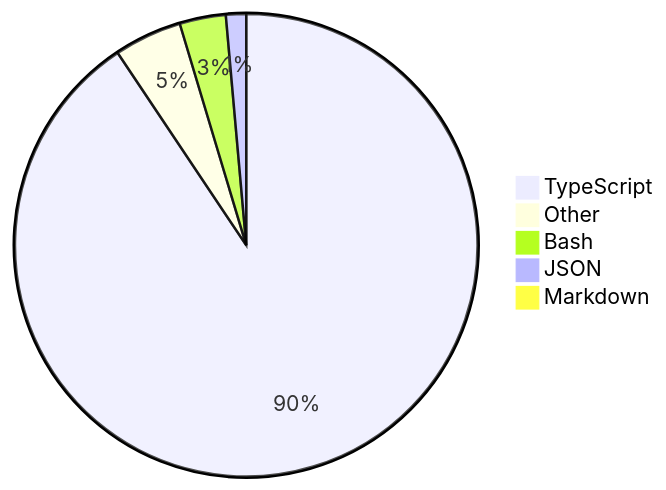
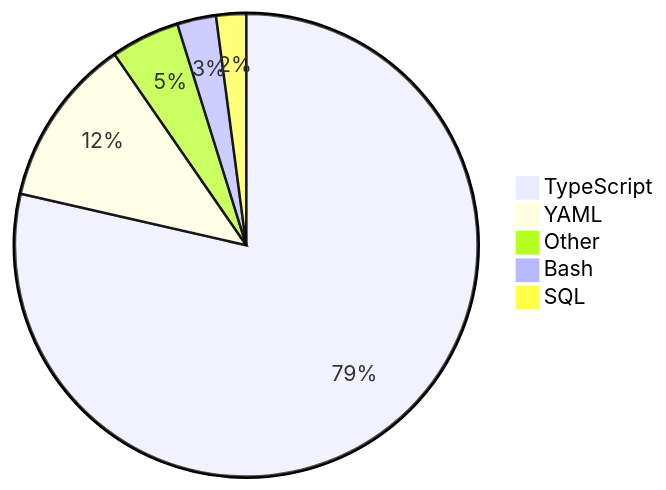
The diagram in README.md (skvggor/skvggor), drawn with Mermaid before and after one commit.

Commit message:
Updated waka-readme graph with new metrics

````diff
--- a/README.md
+++ b/README.md
@@ -16,8 +16,8 @@
 ```mermaid
 pie
-    "TypeScript" : 89.9
-    "Other" : 4.7
-    "Bash" : 3.2
-    "JSON" : 1.4
-    "Markdown" : 0.4
+    "TypeScript" : 75.2
+    "YAML" : 11.3
+    "Other" : 4.6
+    "Bash" : 2.6
+    "SQL" : 2.0
 ```
````
